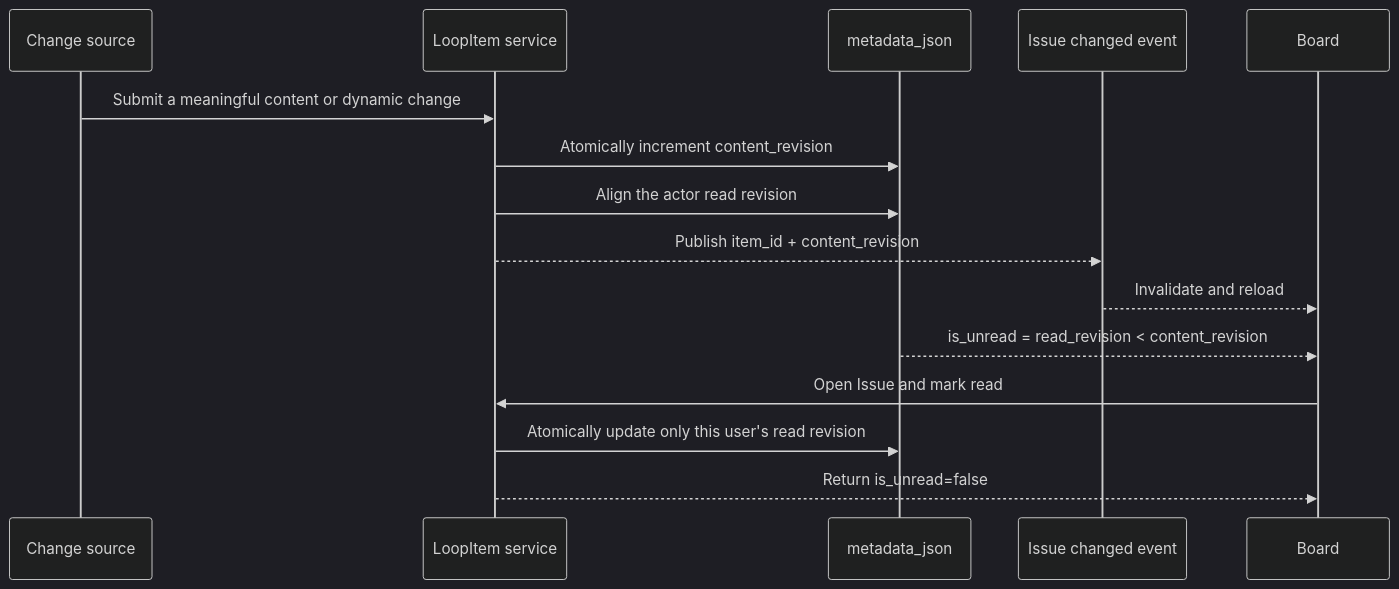
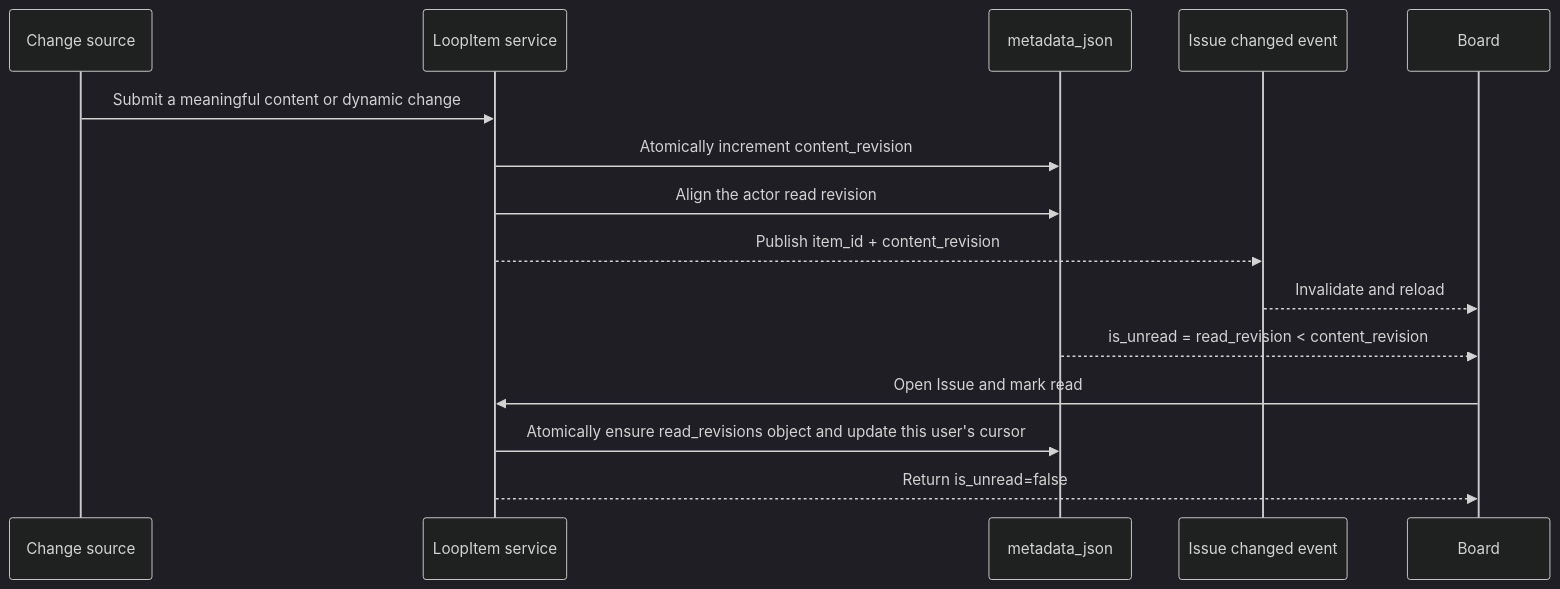
One commit to wecode-ai/Wegent changed the second of 2 diagrams in docs/en/architecture/board-item-unread-projection.md. Above: the diagram before and after it, drawn with Mermaid (dark theme). The commit also changed other lines of this file and 5 other files, not shown here.

````diff
--- a/docs/en/architecture/board-item-unread-projection.md
+++ b/docs/en/architecture/board-item-unread-projection.md
@@ -23,18 +23,18 @@
 ```mermaid
 sequenceDiagram
     participant C as Change source
     participant S as LoopItem service
     participant DB as metadata_json
     participant E as Issue changed event
     participant B as Board
 
     C->>S: Submit a meaningful content or dynamic change
     S->>DB: Atomically increment content_revision
     S->>DB: Align the actor read revision
     S-->>E: Publish item_id + content_revision
     E-->>B: Invalidate and reload
     DB-->>B: is_unread = read_revision < content_revision
     B->>S: Open Issue and mark read
-    S->>DB: Atomically update only this user's read revision
+    S->>DB: Atomically ensure read_revisions object and update this user's cursor
     S-->>B: Return is_unread=false
 ```
````
